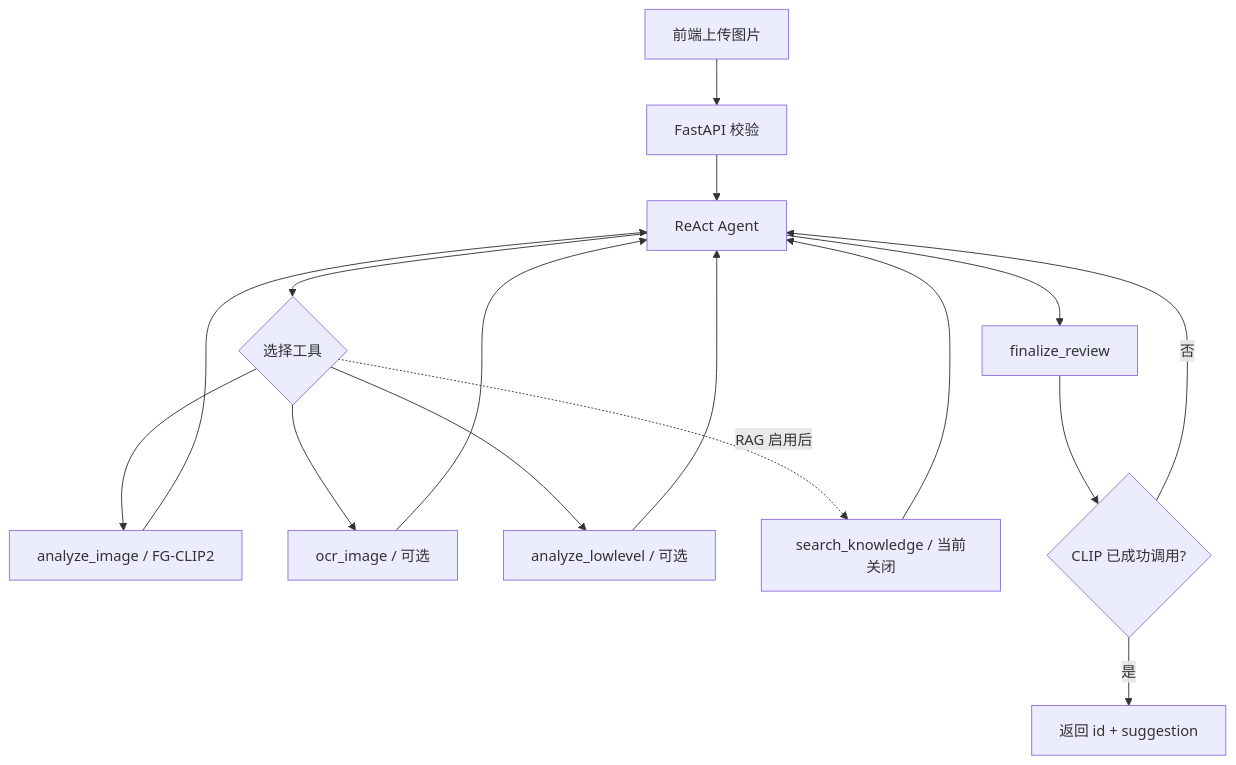
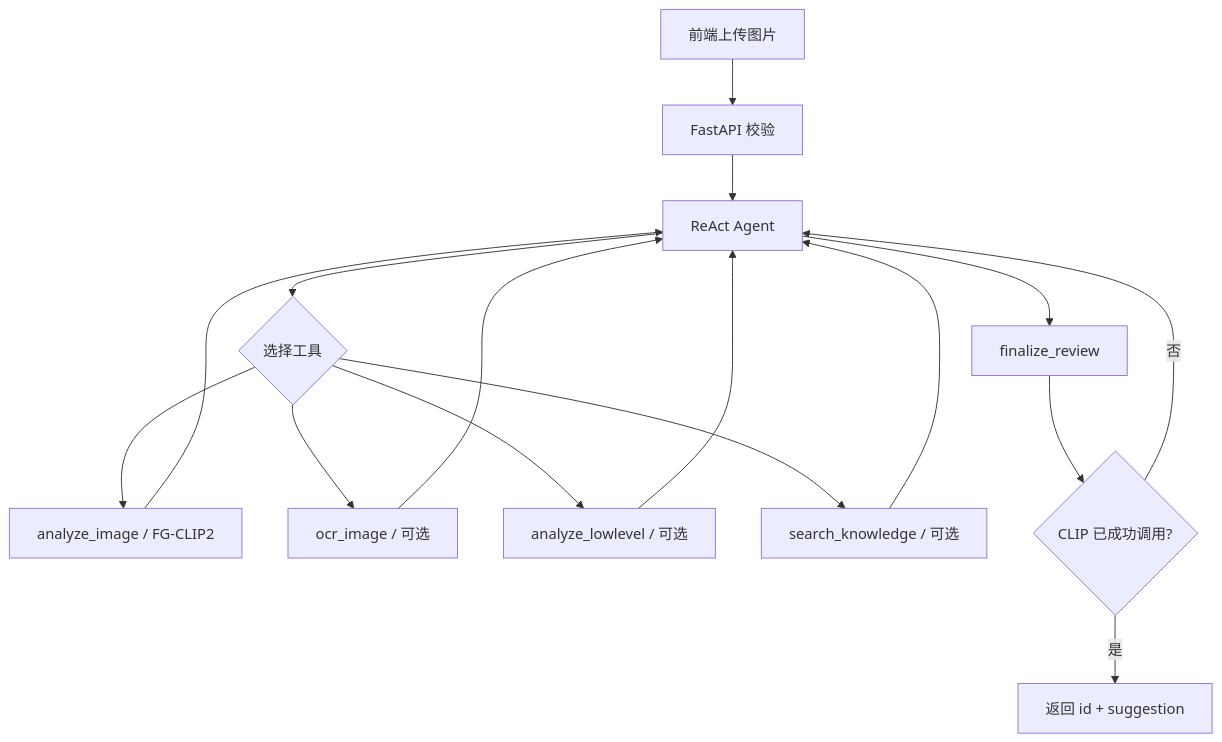
One commit to ZhangGuannanHIT/Image-Review-Agent changed the diagram in README.md. Above: the diagram before and after it, drawn with Mermaid. The commit also changed other lines of this file and 21 other files, not shown here.

````diff
--- a/README.md
+++ b/README.md
@@ -19,18 +19,18 @@
 ```mermaid
 flowchart TD
     A[前端上传图片] --> B[FastAPI 校验]
     B --> C[ReAct Agent]
     C --> D{选择工具}
     D --> E[analyze_image / FG-CLIP2]
     D --> F[ocr_image / 可选]
     D --> G[analyze_lowlevel / 可选]
-    D -. RAG 启用后 .-> H[search_knowledge / 当前关闭]
+    D --> H[search_knowledge / 可选]
     E --> C
     F --> C
     G --> C
     H --> C
     C --> I[finalize_review]
     I --> J{CLIP 已成功调用?}
     J -- 否 --> C
     J -- 是 --> K[返回 id + suggestion]
 ```
````
